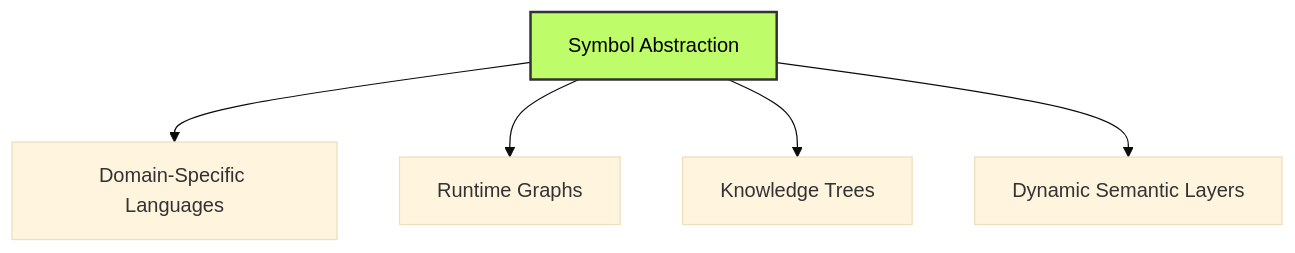
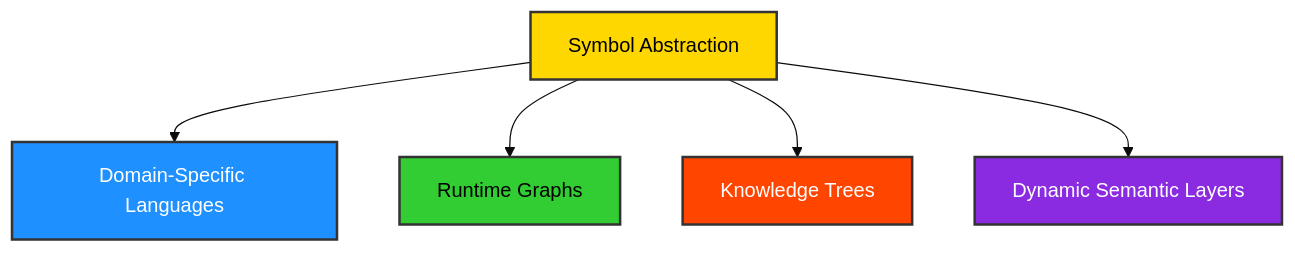
One commit to ikko/sym changed the second of 3 diagrams in docs/readme_details/13_conclusion/index.md. Above: the diagram before and after it, drawn with Mermaid (base theme). The commit also changed other lines of this file and 10 other files, not shown here.

````diff
--- a/docs/readme_details/13_conclusion/index.md
+++ b/docs/readme_details/13_conclusion/index.md
@@ -32,11 +36,13 @@
 ```mermaid
 graph TD
     A[Symbol Abstraction] --> B[Domain-Specific Languages];
     A --> C[Runtime Graphs];
     A --> D[Knowledge Trees];
     A --> E[Dynamic Semantic Layers];
 
-    style A fill:#bffc6a,stroke:#333,stroke-width:2px,color:#000000;
-
-    style A fill:#bffc6a,stroke:#333,stroke-width:2px,color:#000000;
+    style A fill:#FFD700,stroke:#333,stroke-width:2px,color:#000000;
+    style B fill:#1E90FF,stroke:#333,stroke-width:2px,color:#FFFFFF;
+    style C fill:#32CD32,stroke:#333,stroke-width:2px,color:#000000;
+    style D fill:#FF4500,stroke:#333,stroke-width:2px,color:#FFFFFF;
+    style E fill:#8A2BE2,stroke:#333,stroke-width:2px,color:#FFFFFF;
 ```
````
